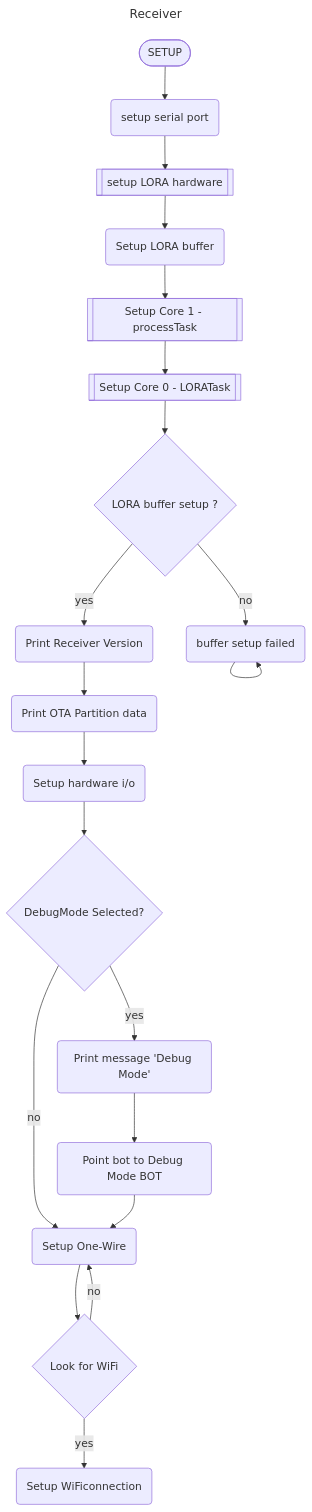
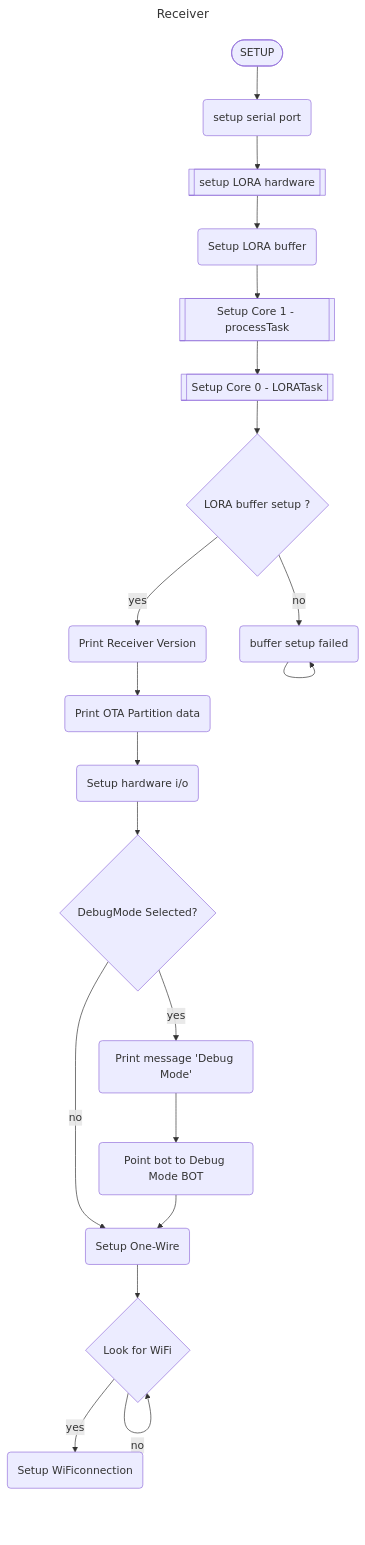
Before and after one commit to GilboaCode/Gilboa_Water_Temp: the diagram in Documentation/FlowChart/Recever.mmd, drawn with Mermaid.

```diff
--- a/Documentation/FlowChart/Recever.mmd
+++ b/Documentation/FlowChart/Recever.mmd
@@ -1,23 +1,23 @@
 ---
 title: Receiver
 ---
 flowchart TB
     A(["SETUP"]) --> B("setup serial port")
     B --> G[["setup LORA hardware"]]
     G --> C("Setup LORA buffer")
     C --> E[["Setup Core 1 - processTask"]]
     E --> F[["Setup Core 0 - LORATask"]]
     F --> D{"LORA buffer setup ?"}
     D -- no --> H("buffer setup failed")
     H --> H
     D -- yes --> J("Print Receiver Version")
     J --> 8a("Print OTA Partition data")
     8a --> L("Setup hardware i/o")
     L --> 10a{"DebugMode Selected?"}
     10a -- no --> aa(("aa"))
     10a -- yes--> 10b("Print message 'Debug Mode'")
     10b --> 10c("Point bot to Debug Mode BOT")
     10c -->aa("Setup One-Wire") 
     aa-->10d{Look for WiFi} 
-    10d-- no -->aa
+    10d-- no -->10d
     10d--yes-->23a("Setup WiFiconnection")
```
